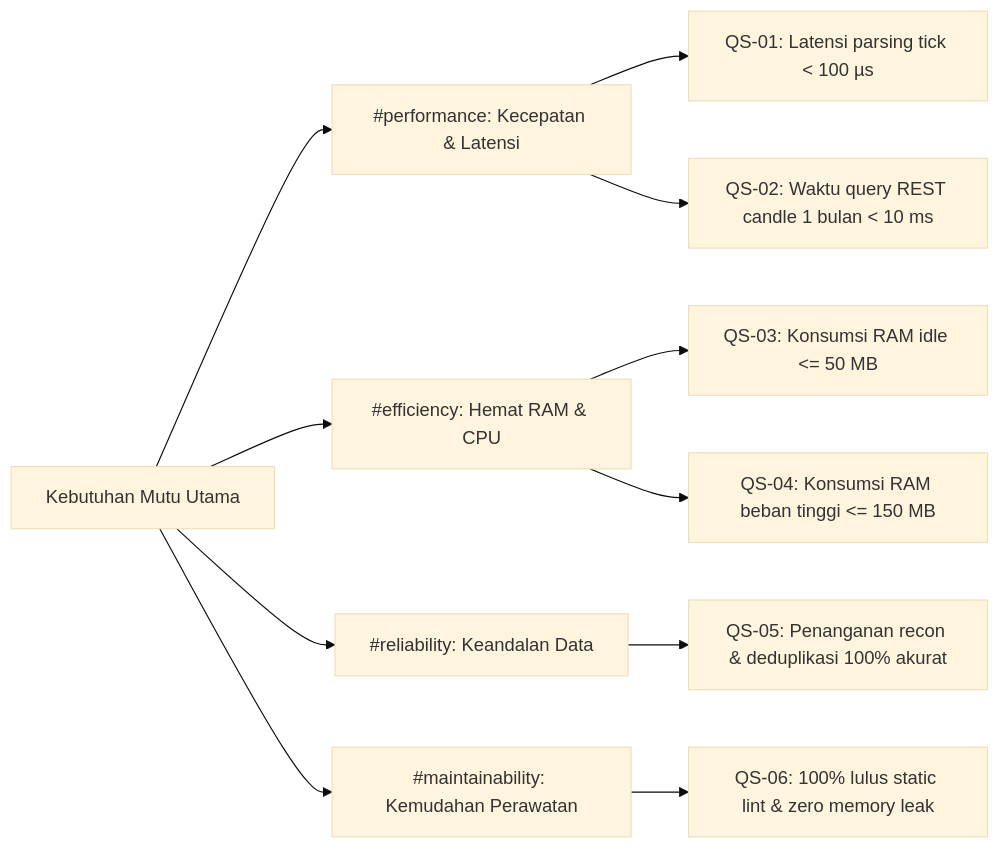
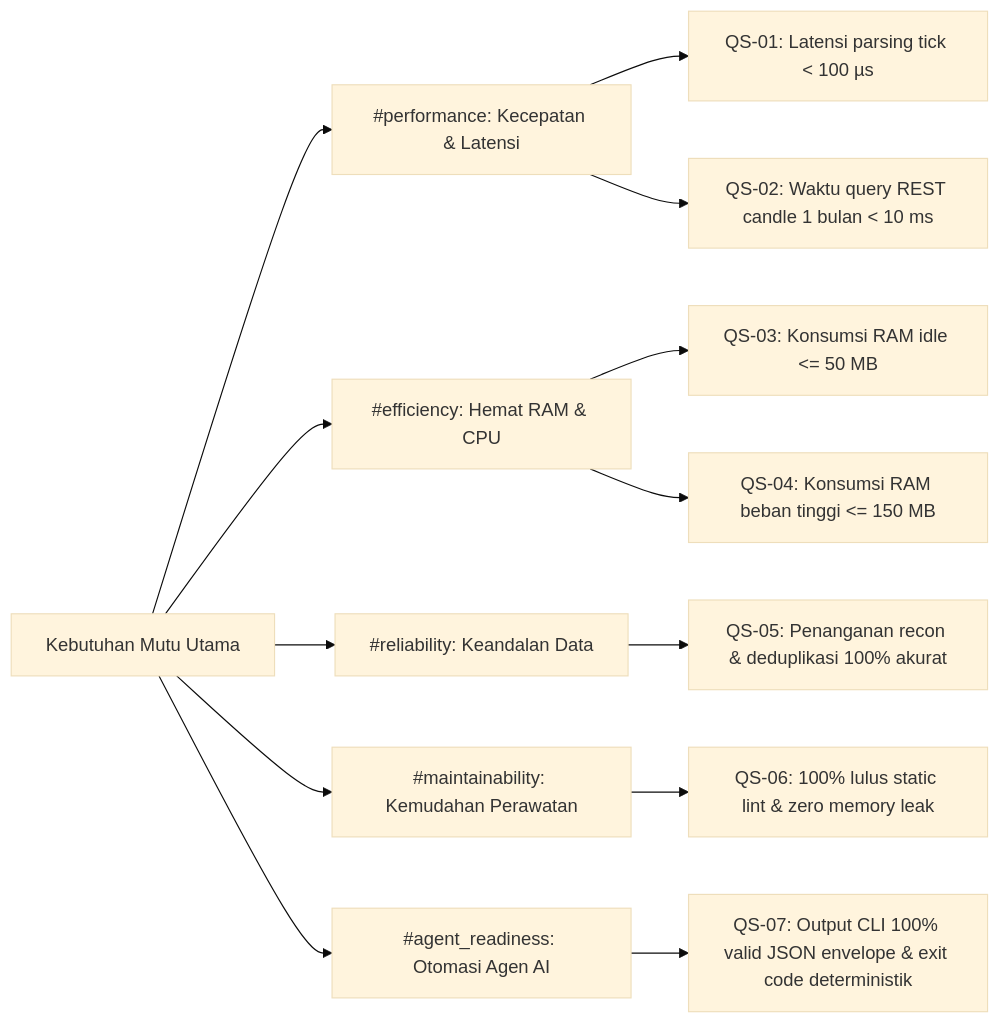
One commit to ihkaru/economy-aggregator changed the diagram in docs/architecture/10_quality_requirements.md. Above: the diagram before and after it, drawn with Mermaid (base theme). The commit also changed other lines of this file and 15 other files, not shown here.

First line of the commit message:
docs(roadmap): add Milestone 9 covering One-Config Setup, 2020 Deep Backfill, and Agent-First CLI

````diff
--- a/docs/architecture/10_quality_requirements.md
+++ b/docs/architecture/10_quality_requirements.md
@@ -12,15 +12,17 @@
 ```mermaid
 graph LR
     Q[Kebutuhan Mutu Utama]
     Q --> P[#performance: Kecepatan & Latensi]
     Q --> E[#efficiency: Hemat RAM & CPU]
     Q --> R[#reliability: Keandalan Data]
     Q --> M[#maintainability: Kemudahan Perawatan]
+    Q --> A[#agent_readiness: Otomasi Agen AI]
 
     P --> P1["QS-01: Latensi parsing tick < 100 µs"]
     P --> P2["QS-02: Waktu query REST candle 1 bulan < 10 ms"]
     E --> E1["QS-03: Konsumsi RAM idle <= 50 MB"]
     E --> E2["QS-04: Konsumsi RAM beban tinggi <= 150 MB"]
     R --> R1["QS-05: Penanganan recon & deduplikasi 100% akurat"]
     M --> M1["QS-06: 100% lulus static lint & zero memory leak"]
+    A --> A1["QS-07: Output CLI 100% valid JSON envelope & exit code deterministik"]
 ```
````
